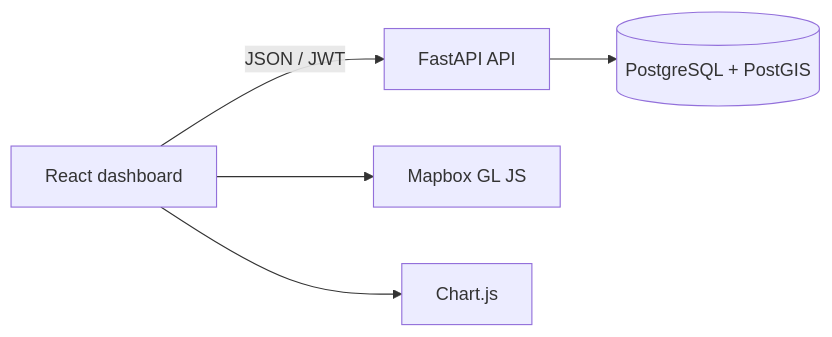
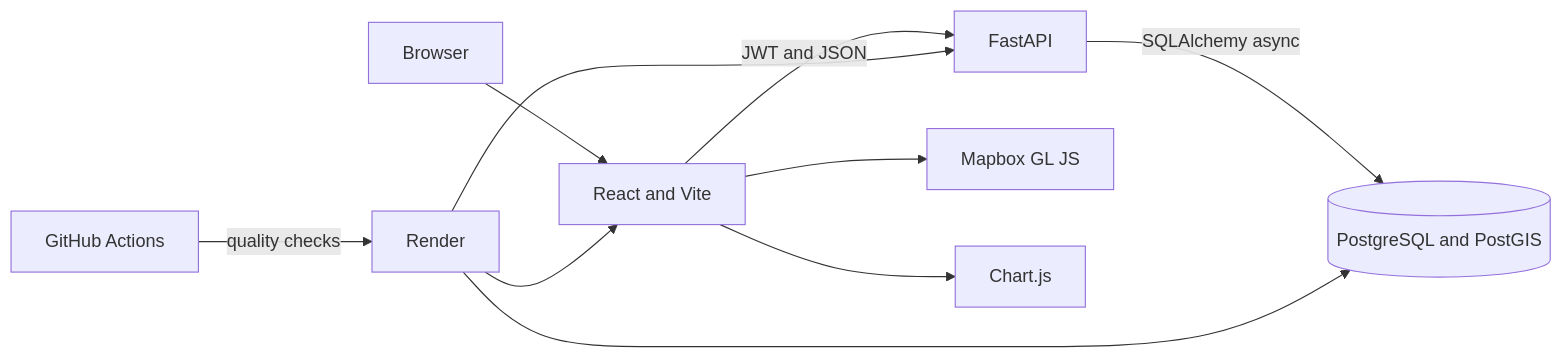
One commit to Andes-indica/Darukaa changed the first of 2 diagrams in README.md. Above: the diagram before and after it, drawn with Mermaid. The commit also changed other lines of this file and 16 other files, not shown here.

````diff
--- a/README.md
+++ b/README.md
@@ -33,7 +21,12 @@
 ```mermaid
 flowchart LR
-  A[React dashboard] -->|JSON / JWT| B[FastAPI API]
-  B --> C[(PostgreSQL + PostGIS)]
-  A --> D[Mapbox GL JS]
-  A --> E[Chart.js]
+  U[Browser] --> W[React and Vite]
+  W -->|JWT and JSON| A[FastAPI]
+  W --> M[Mapbox GL JS]
+  W --> C[Chart.js]
+  A -->|SQLAlchemy async| P[(PostgreSQL and PostGIS)]
+  G[GitHub Actions] -->|quality checks| R[Render]
+  R --> W
+  R --> A
+  R --> P
 ```
````
